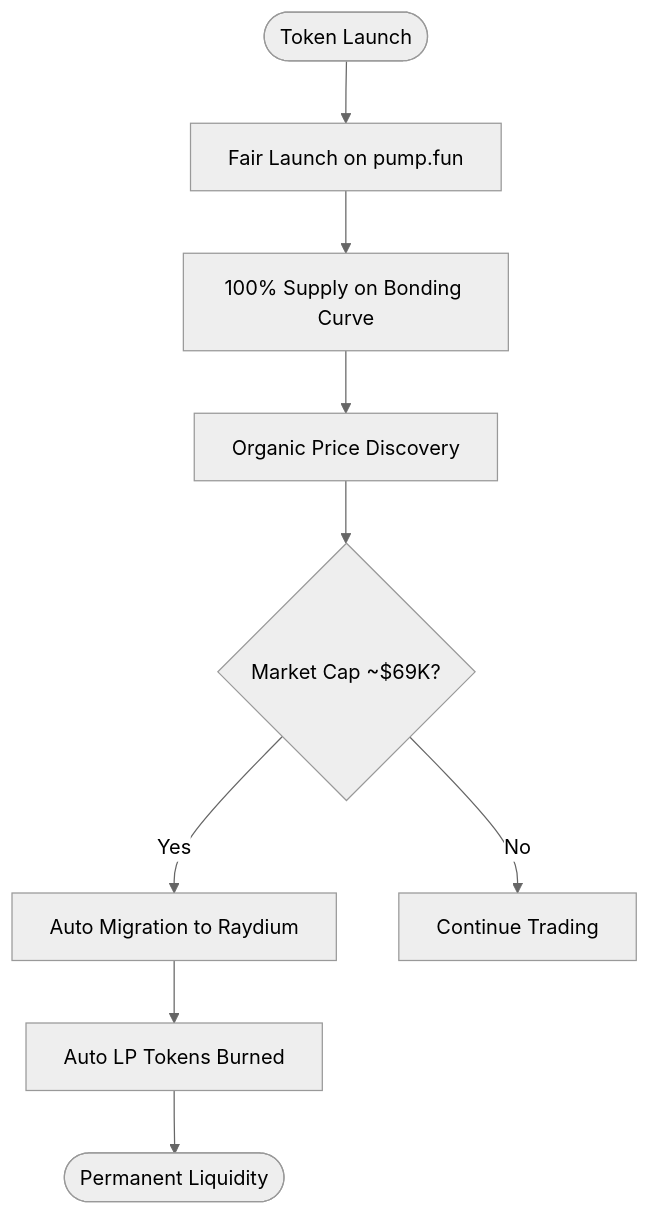
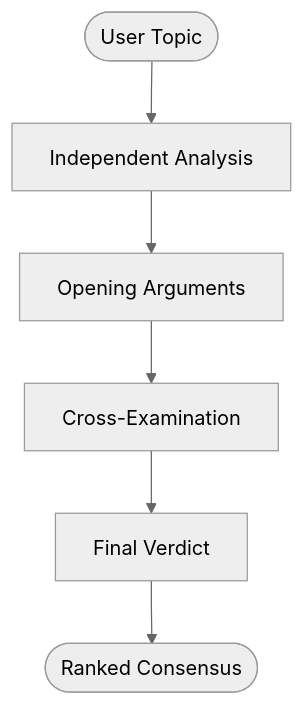
One commit to RunTimeAdmin/tri-ai changed the third of 4 diagrams in .qoder/repowiki/en/content/Blockchain Integration/Tokenomics & Economic Model.md. Above: the diagram before and after it, drawn with Mermaid (neutral theme). The commit also changed other lines of this file and 46 other files, not shown here.

````diff
--- a/.qoder/repowiki/en/content/Blockchain Integration/Tokenomics & Economic Model.md
+++ b/.qoder/repowiki/en/content/Blockchain Integration/Tokenomics & Economic Model.md
@@ -137,11 +132,8 @@
 ```mermaid
 flowchart TD
-Start(["Token Launch"]) --> Fair["Fair Launch on pump.fun"]
-Fair --> Curve["100% Supply on Bonding Curve"]
-Curve --> PriceDiscovery["Organic Price Discovery"]
-PriceDiscovery --> Cap{"Market Cap ~$69K?"}
-Cap --> |Yes| Migrate["Auto Migration to Raydium"]
-Migrate --> LPBurn["Auto LP Tokens Burned"]
-LPBurn --> End(["Permanent Liquidity"])
-Cap --> |No| Continue["Continue Trading"]
+Start(["User Topic"]) --> Phase1["Independent Analysis"]
+Phase1 --> Phase2["Opening Arguments"]
+Phase2 --> Phase3["Cross-Examination"]
+Phase3 --> Phase4["Final Verdict"]
+Phase4 --> End(["Ranked Consensus"])
 ```
````
